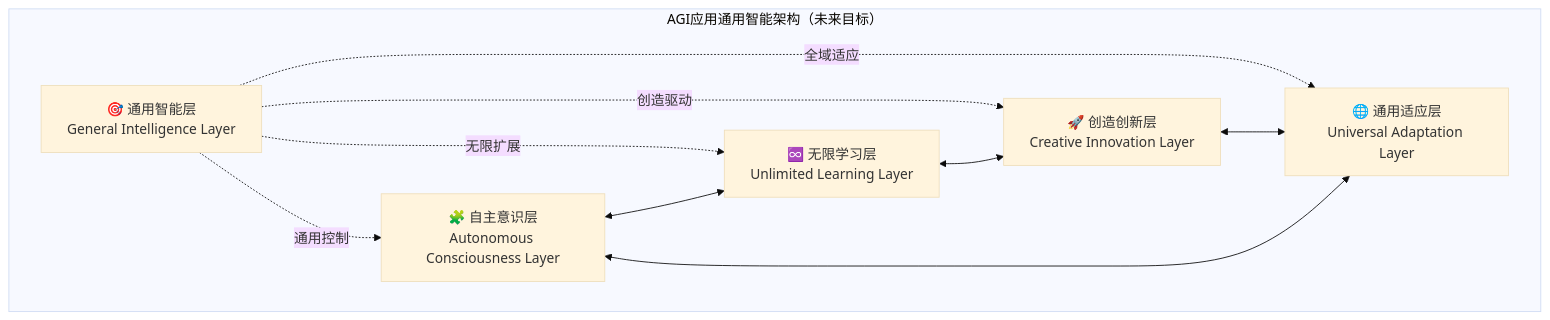
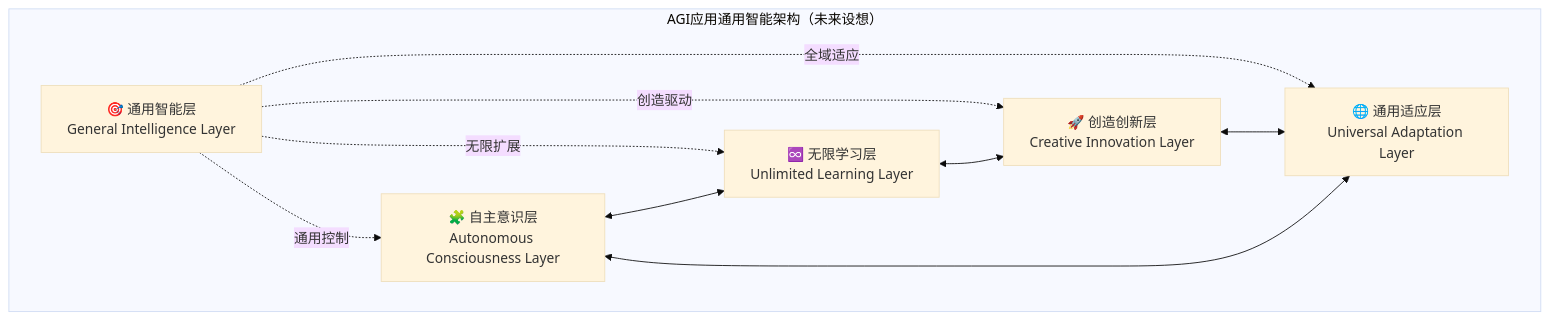
The eighth of 14 diagrams in 前言部分/从多智能体到AGI应用概念探索.md (youyoude/agi-app-dev-guide-book), drawn with Mermaid (base theme) before and after one commit.

Commit message:
优化

````diff
--- a/前言部分/从多智能体到AGI应用概念探索.md
+++ b/前言部分/从多智能体到AGI应用概念探索.md
@@ -379,20 +379,20 @@
 ```mermaid
 graph TB
-    subgraph "AGI应用通用智能架构（未来目标）"
+    subgraph "AGI应用通用智能架构（未来设想）"
         GI["🎯 通用智能层<br/>General Intelligence Layer"]
         AC["🧩 自主意识层<br/>Autonomous Consciousness Layer"]
         UL["♾️ 无限学习层<br/>Unlimited Learning Layer"]
         CC["🚀 创造创新层<br/>Creative Innovation Layer"]
         UA["🌐 通用适应层<br/>Universal Adaptation Layer"]
     end
     
     GI -.->|通用控制| AC
     GI -.->|无限扩展| UL
     GI -.->|创造驱动| CC
     GI -.->|全域适应| UA
     
     AC <--> UL
     UL <--> CC
     CC <--> UA
     UA <--> AC
 ```
````
